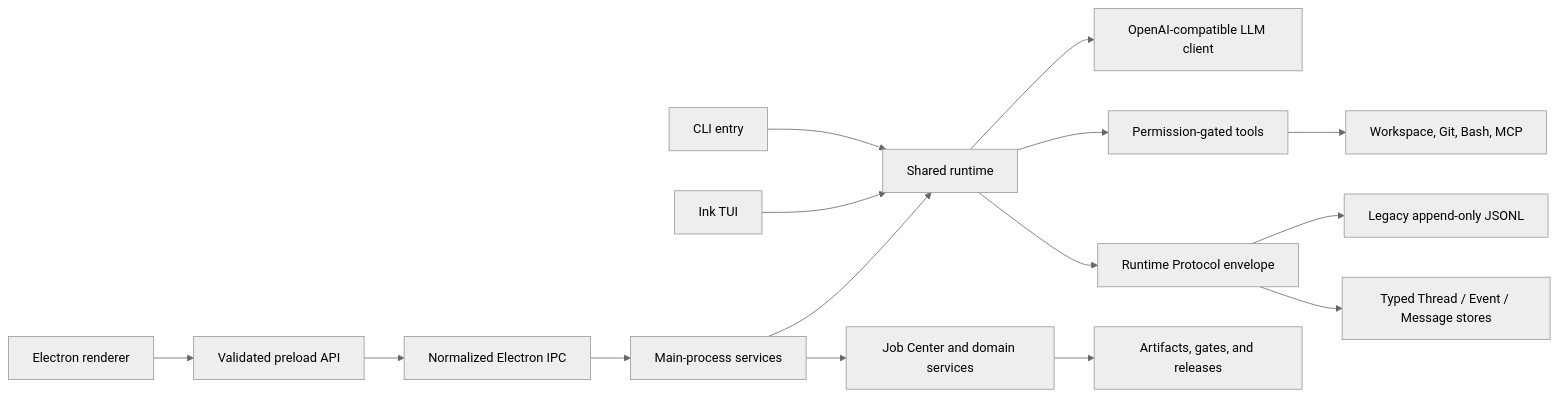
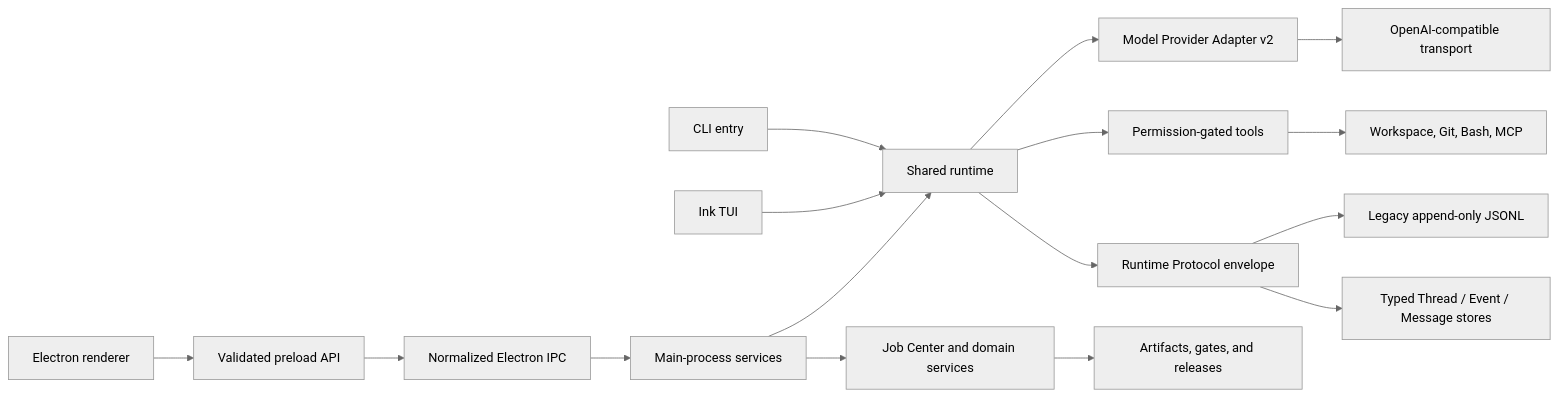
The first of 2 diagrams in docs/program/ARCHITECTURE.md (mc7yxyyq96-sketch/hi-code), drawn with Mermaid (neutral theme) before and after one commit. The commit also changed other lines of this file and 17 other files, not shown here.

Commit message:
feat(runtime): route model calls through provider v2

````diff
--- a/docs/program/ARCHITECTURE.md
+++ b/docs/program/ARCHITECTURE.md
@@ -13,17 +13,18 @@
 ```mermaid
 flowchart LR
   E["Electron renderer"] --> P["Validated preload API"]
   P --> I["Normalized Electron IPC"]
   I --> S["Main-process services"]
   C["CLI entry"] --> R["Shared runtime"]
   T["Ink TUI"] --> R
   S --> R
-  R --> L["OpenAI-compatible LLM client"]
+  R --> MP["Model Provider Adapter v2"]
+  MP --> L["OpenAI-compatible transport"]
   R --> X["Permission-gated tools"]
   X --> F["Workspace, Git, Bash, MCP"]
   R --> RP["Runtime Protocol envelope"]
   RP --> ES["Legacy append-only JSONL"]
   RP --> TS["Typed Thread / Event / Message stores"]
   S --> J["Job Center and domain services"]
   J --> A["Artifacts, gates, and releases"]
 ```
````
